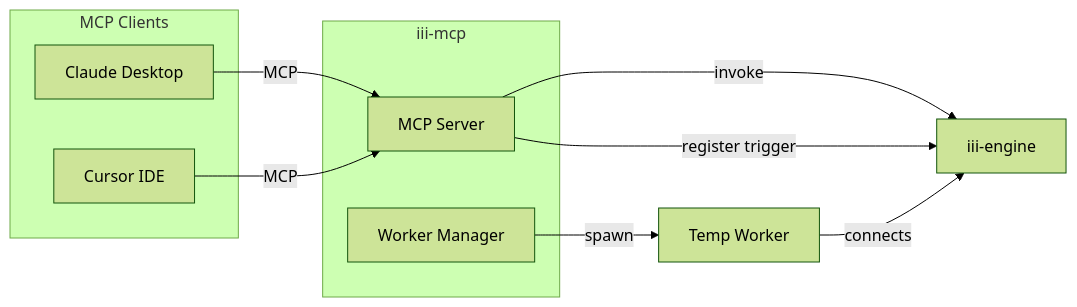
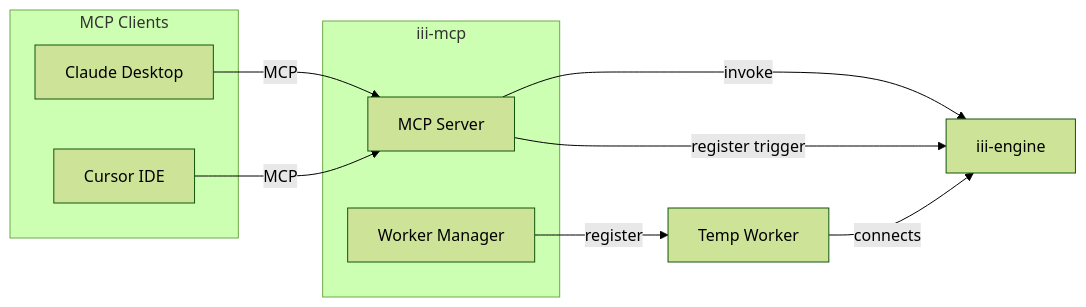
The first of 4 diagrams in README.md (iii-hq/iii-connect), drawn with Mermaid (forest theme) before and after one commit. The commit also changed other lines of this file and 1 other file, not shown here.

First line of the commit message:
Rename iii_worker_create to iii_worker_register

````diff
--- a/README.md
+++ b/README.md
@@ -17,22 +17,22 @@
 ```mermaid
 flowchart LR
     subgraph clients [MCP Clients]
         Claude[Claude Desktop]
         Cursor[Cursor IDE]
     end
 
     subgraph mcpBinary [iii-mcp]
         MCP[MCP Server]
         WM[Worker Manager]
     end
 
     Engine[iii-engine]
     TempWorker[Temp Worker]
 
     Claude -->|MCP| MCP
     Cursor -->|MCP| MCP
     MCP -->|invoke| Engine
     MCP -->|register trigger| Engine
-    WM -->|spawn| TempWorker
+    WM -->|register| TempWorker
     TempWorker -->|connects| Engine
 ```
````
